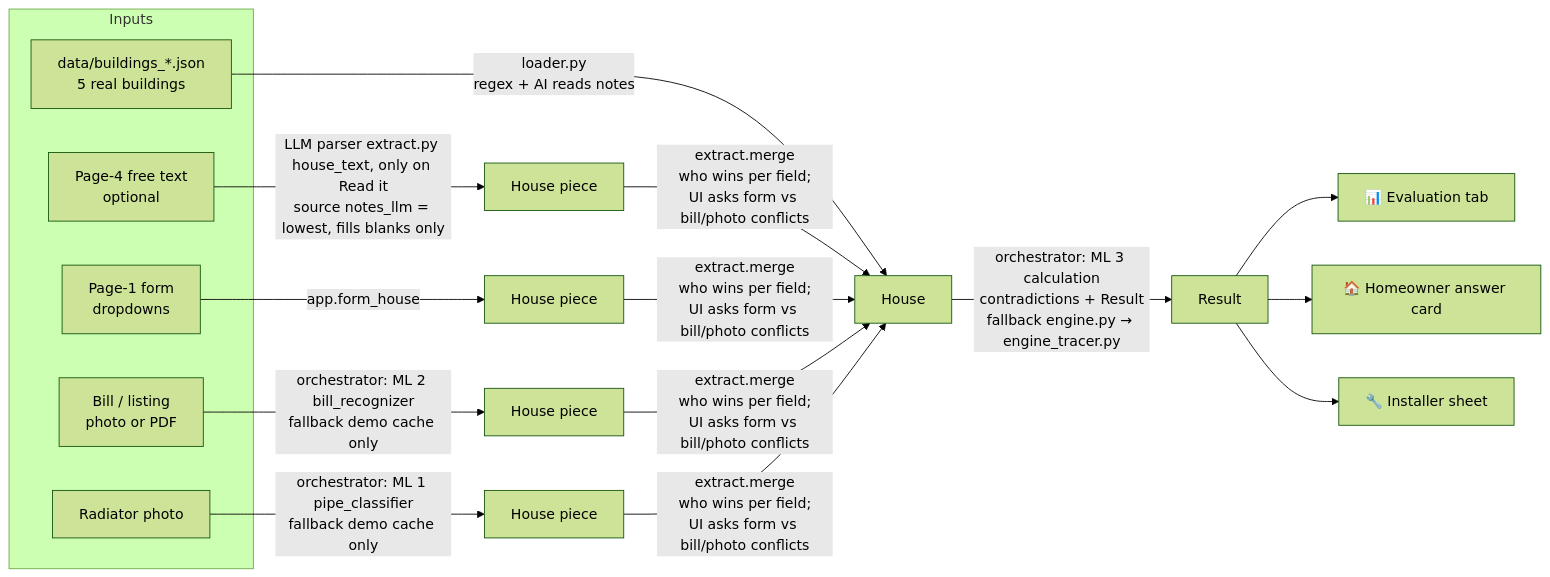
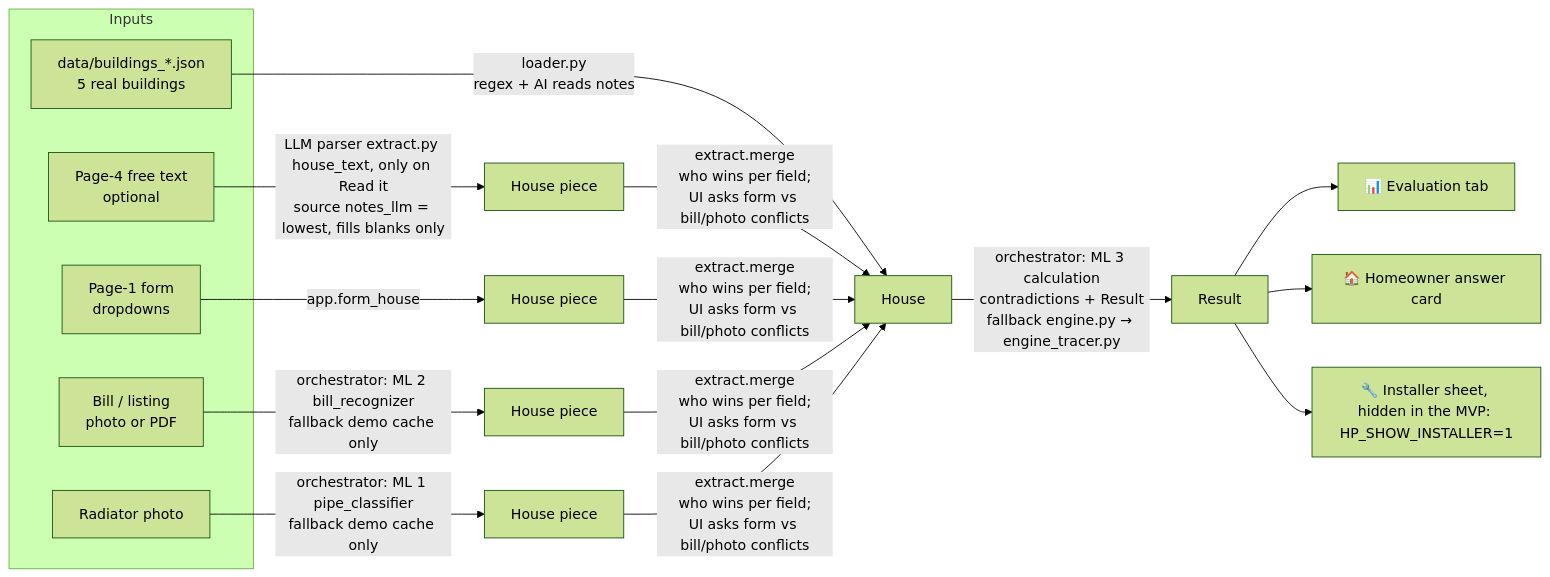
The diagram in FLOW.md (jackylee0503/hp-ready), drawn with Mermaid (forest theme) before and after one commit. The commit also changed other lines of this file and 7 other files, not shown here.

First line of the commit message:
MVP: calculation must return only colour, G/Y/R %, heat load (kW), flow temperature; red emphasised in Evaluation; Installer hidden (HP_SHOW_INSTALLER); interactive example houses

````diff
--- a/FLOW.md
+++ b/FLOW.md
@@ -16,20 +16,20 @@
 ```mermaid
 flowchart LR
     subgraph IN[Inputs]
       A[data/buildings_*.json<br/>5 real buildings]
       B[Page-1 form<br/>dropdowns]
       T[Page-4 free text<br/>optional]
       C[Bill / listing<br/>photo or PDF]
       D[Radiator photo]
     end
     A -->|loader.py<br/>regex + AI reads notes| H[House]
     B -->|app.form_house| H1[House piece]
     T -->|LLM parser extract.py house_text, only on Read it<br/>source notes_llm = lowest, fills blanks only| H0[House piece]
     C -->|orchestrator: ML 2 bill_recognizer<br/>fallback demo cache only| H2[House piece]
     D -->|orchestrator: ML 1 pipe_classifier<br/>fallback demo cache only| H3[House piece]
     H0 & H1 & H2 & H3 -->|extract.merge<br/>who wins per field;<br/>UI asks form vs bill/photo conflicts| H
     H -->|orchestrator: ML 3 calculation<br/>contradictions + Result<br/>fallback engine.py → engine_tracer.py| R[Result]
     R --> E[📊 Evaluation tab]
     R --> HO[🏠 Homeowner answer card]
-    R --> I[🔧 Installer sheet]
+    R --> I[🔧 Installer sheet, hidden in the MVP: HP_SHOW_INSTALLER=1]
 ```
````
